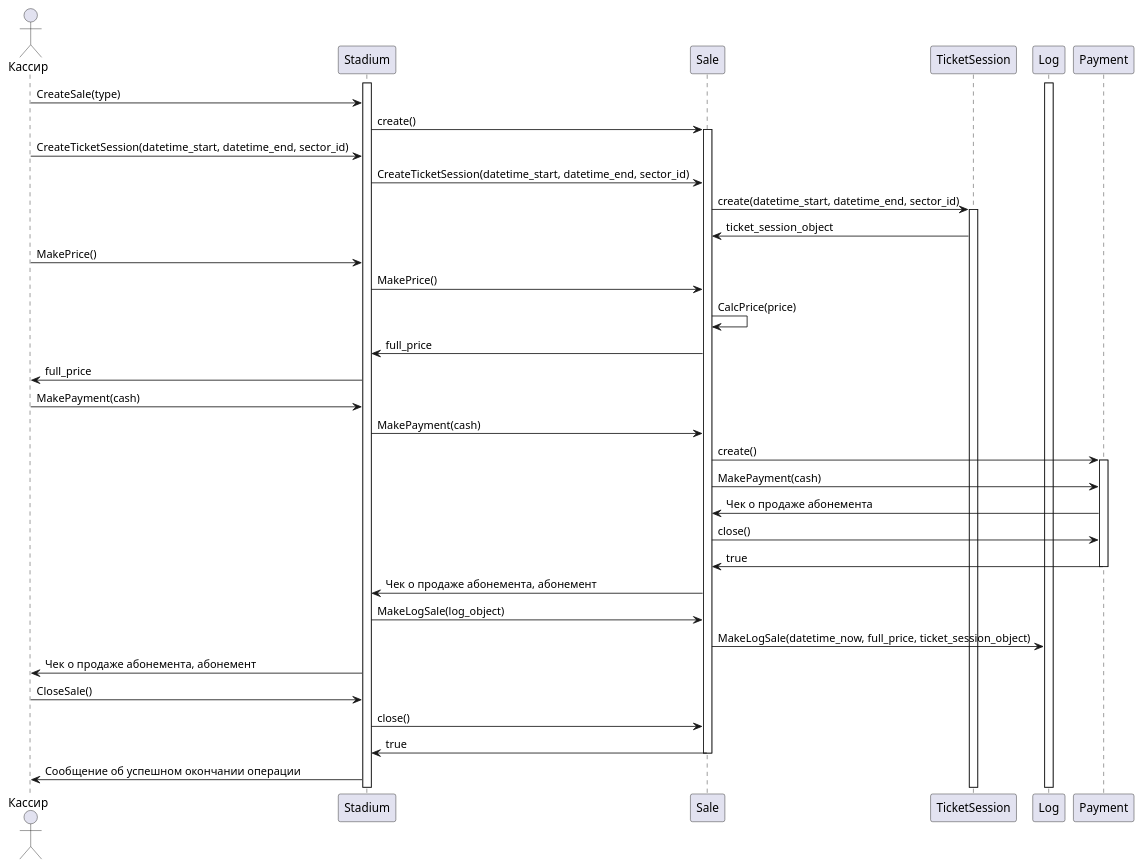
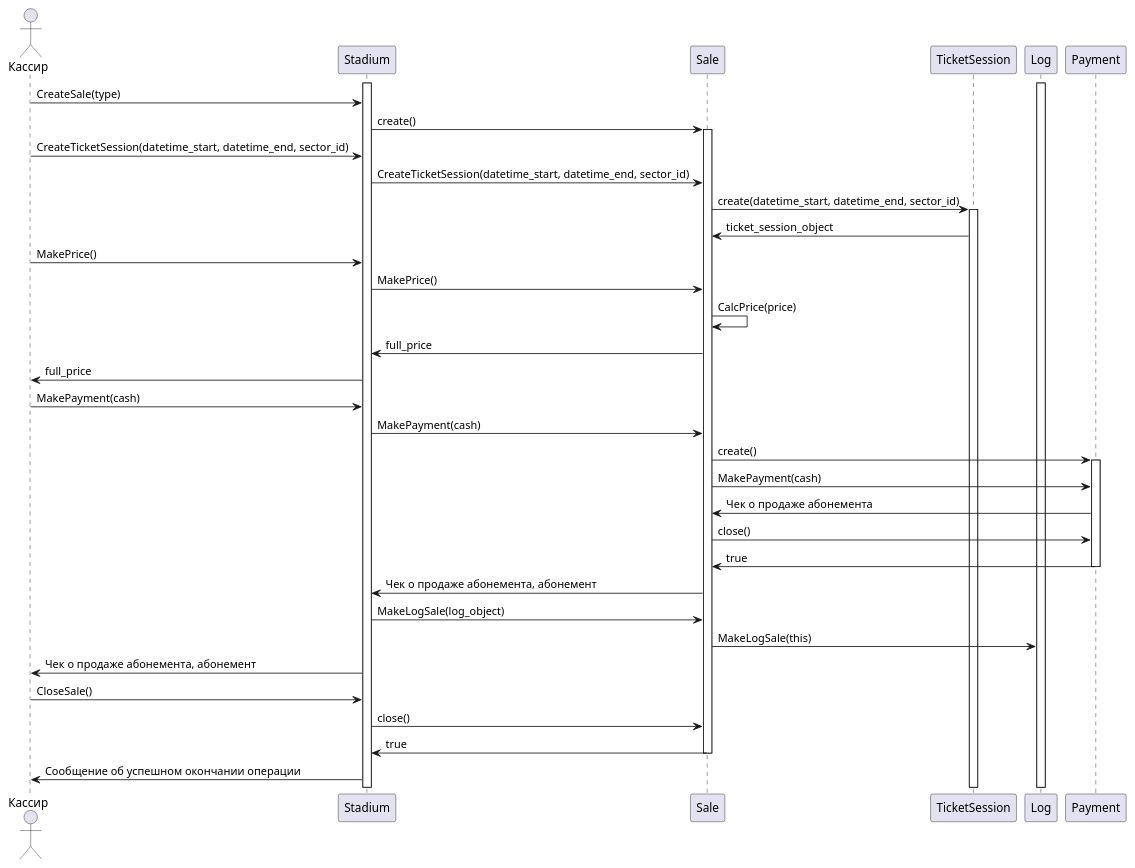
Before and after one commit to penamarth/bsbo-03-23_team4_var10_football: the diagram in Прецеденты/Диаграмма продажи абонемента.md, drawn with PlantUML. The commit also changed 6 other files, not shown here.

Commit message:
Правка класса Log (код и диаграммы) + фикс связей в модели предметной области + явное обозначение классов в диаграммах прецедентов + мелкие фиксы в коде и диаграммах

````diff
--- a/Прецеденты/Диаграмма продажи абонемента.md
+++ b/Прецеденты/Диаграмма продажи абонемента.md
@@ -1,54 +1,59 @@
 ```plantuml
 @startuml
+
 actor Кассир
+participant Stadium
+participant Sale
+participant TicketSession
+participant Log
+participant Payment
 
 activate Stadium
-participant Sale
-participant TicketSession
 activate Log
 
 Кассир -> Stadium : CreateSale(type)
 Stadium -> Sale : create()
 activate Sale
 
 Кассир -> Stadium : CreateTicketSession(datetime_start, datetime_end, sector_id)
 Stadium -> Sale : CreateTicketSession(datetime_start, datetime_end, sector_id)
 Sale -> TicketSession : create(datetime_start, datetime_end, sector_id)
 activate TicketSession
 Sale <- TicketSession : ticket_session_object
 
 
 Кассир -> Stadium : MakePrice()
 Stadium -> Sale : MakePrice()
 
 Sale -> Sale : CalcPrice(price)
 
 
 Stadium <- Sale : full_price
 Кассир <- Stadium : full_price
 
 Кассир -> Stadium : MakePayment(cash)
 Stadium -> Sale : MakePayment(cash)
 Sale -> Payment : create()
 
 activate Payment
 Sale -> Payment : MakePayment(cash)
 Sale <- Payment : Чек о продаже абонемента
 Sale -> Payment : close()
 Sale <- Payment : true
 deactivate Payment
 
 Stadium <- Sale : Чек о продаже абонемента, абонемент
 
 Stadium -> Sale : MakeLogSale(log_object)
-Sale -> Log : MakeLogSale(datetime_now, full_price, ticket_session_object)
+Sale -> Log : MakeLogSale(this)
 
 Кассир <- Stadium : Чек о продаже абонемента, абонемент
 
 Кассир -> Stadium : CloseSale()
 Stadium -> Sale : close()
 Stadium <- Sale : true
 deactivate Sale
 Кассир <- Stadium : Сообщение об успешном окончании операции
+
 @enduml
 ```
````
